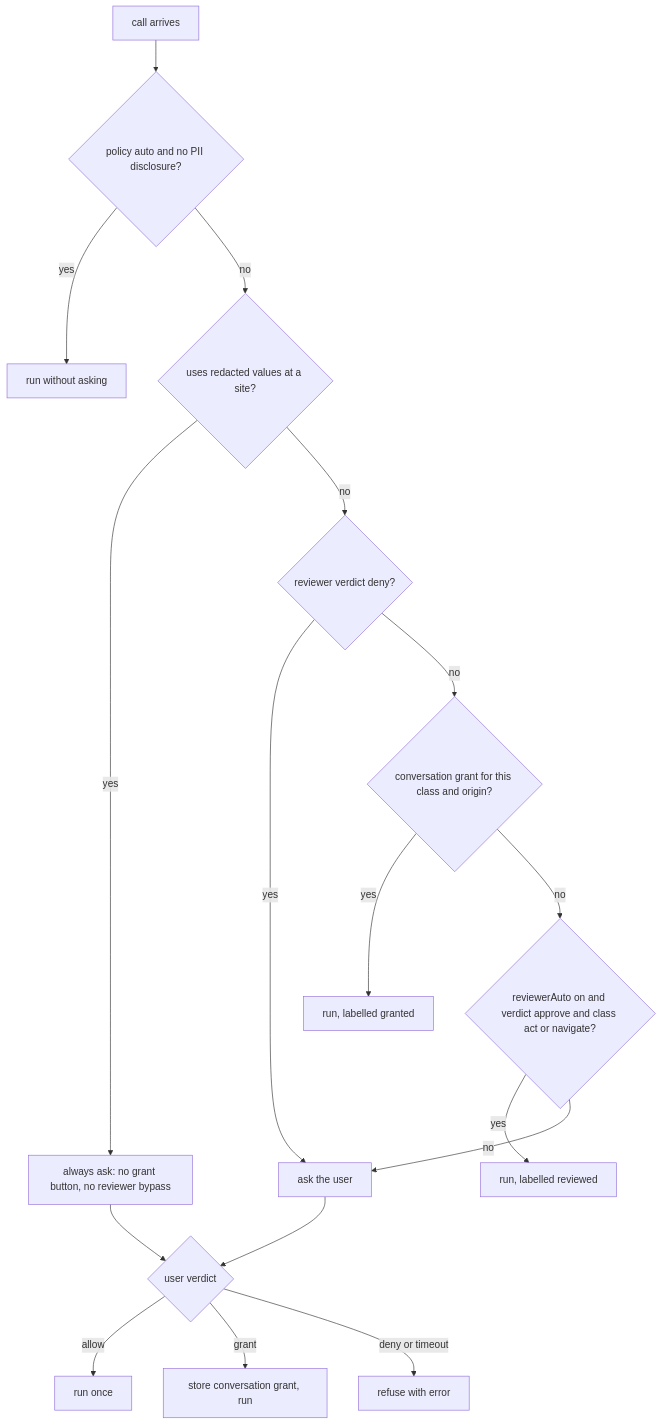
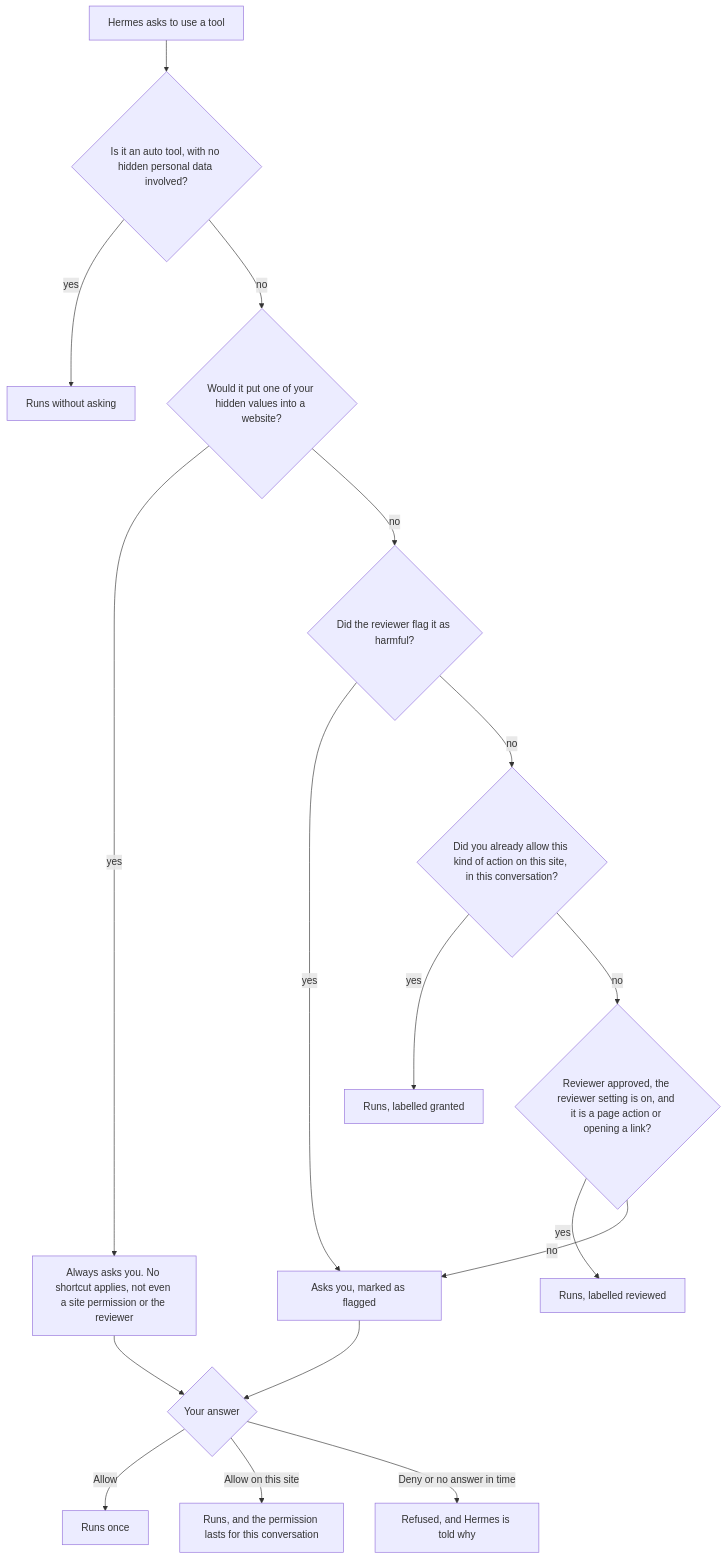
The third of 5 diagrams in AUDIT.md (codepilots/hermes-sidebar), drawn with Mermaid before and after one commit. The commit also changed other lines of this file and 3 other files, not shown here.

````diff
--- a/AUDIT.md
+++ b/AUDIT.md
@@ -103,19 +192,19 @@
 ```mermaid
 flowchart TD
-  A[call arrives] --> B{policy auto and no PII disclosure?}
-  B -- yes --> Z[run without asking]
-  B -- no --> C{uses redacted values at a site?}
-  C -- yes --> D[always ask: no grant button, no reviewer bypass]
-  C -- no --> E{reviewer verdict deny?}
-  E -- yes --> F[ask the user]
-  E -- no --> G{conversation grant for this class and origin?}
-  G -- yes --> H[run, labelled granted]
-  G -- no --> I{reviewerAuto on and verdict approve and class act or navigate?}
-  I -- yes --> J[run, labelled reviewed]
+  A[Hermes asks to use a tool] --> B{Is it an auto tool, with no hidden personal data involved?}
+  B -- yes --> Z[Runs without asking]
+  B -- no --> C{Would it put one of your hidden values into a website?}
+  C -- yes --> D[Always asks you. No shortcut applies, not even a site permission or the reviewer]
+  C -- no --> E{Did the reviewer flag it as harmful?}
+  E -- yes --> F[Asks you, marked as flagged]
+  E -- no --> G{Did you already allow this kind of action on this site, in this conversation?}
+  G -- yes --> H[Runs, labelled granted]
+  G -- no --> I{Reviewer approved, the reviewer setting is on, and it is a page action or opening a link?}
+  I -- yes --> J[Runs, labelled reviewed]
   I -- no --> F
-  D --> K{user verdict}
+  D --> K{Your answer}
   F --> K
-  K -- allow --> L[run once]
-  K -- grant --> M[store conversation grant, run]
-  K -- deny or timeout --> N[refuse with error]
+  K -- Allow --> L[Runs once]
+  K -- Allow on this site --> M[Runs, and the permission lasts for this conversation]
+  K -- Deny or no answer in time --> N[Refused, and Hermes is told why]
 ```
````
